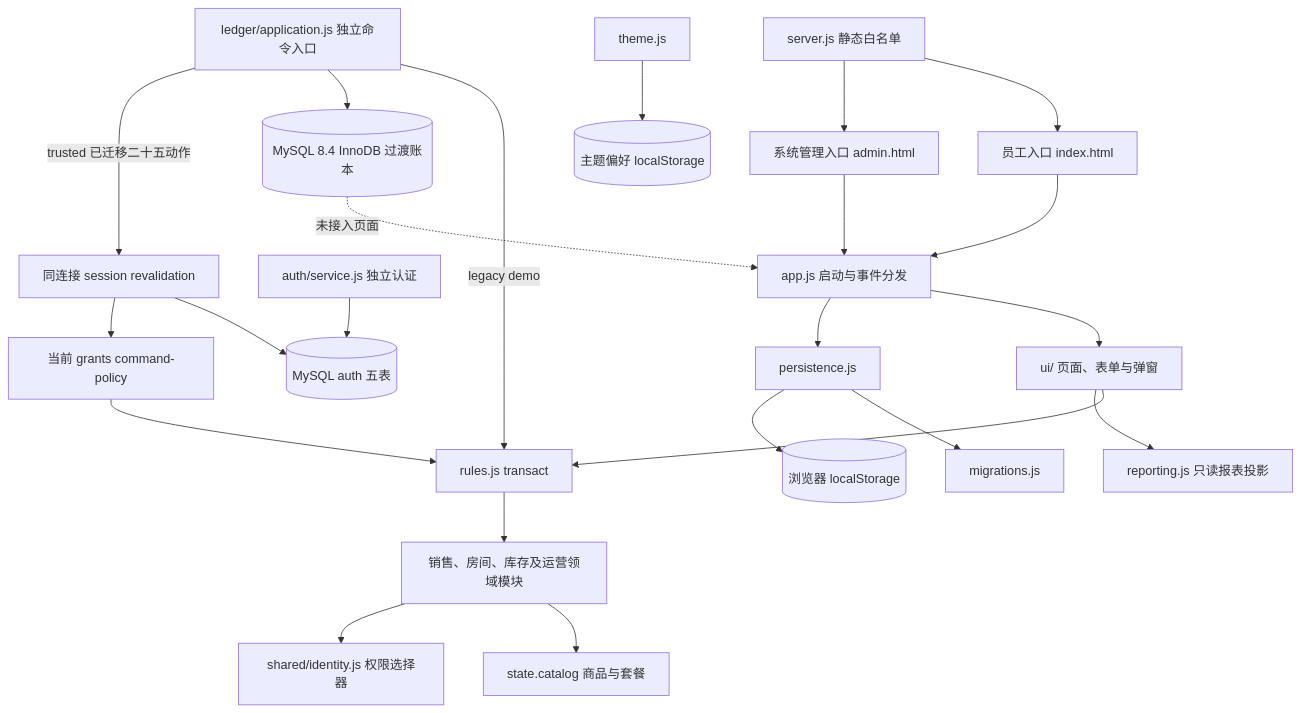
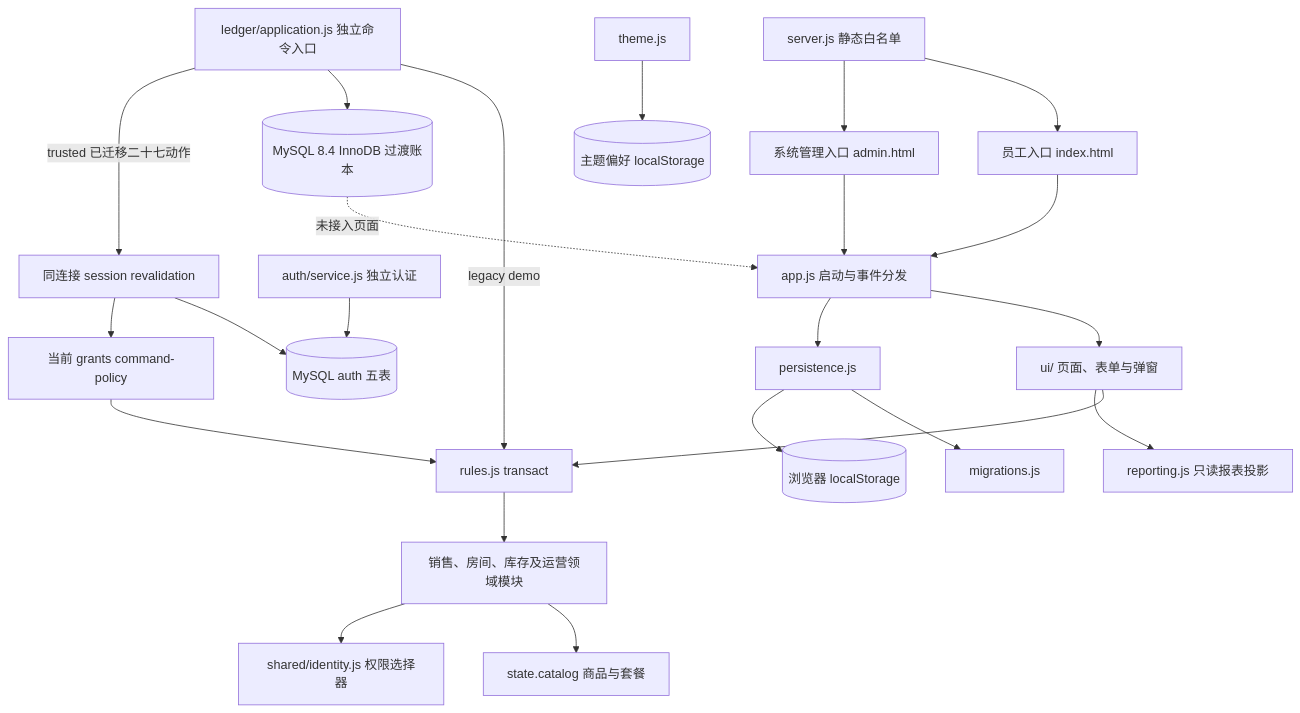
Before and after one commit to Richard-Zhuo/codex-KTV: the diagram in docs/ARCHITECTURE.md, drawn with Mermaid. The commit also changed other lines of this file and 23 other files, not shown here.

````diff
--- a/docs/ARCHITECTURE.md
+++ b/docs/ARCHITECTURE.md
@@ -7,25 +7,25 @@
 ```mermaid
 flowchart TD
   E[员工入口 index.html] --> APP[app.js 启动与事件分发]
   A[系统管理入口 admin.html] --> APP
   APP --> UI[ui/ 页面、表单与弹窗]
   APP --> P[persistence.js]
   P --> M[migrations.js]
   P --> LS[(浏览器 localStorage)]
   UI --> TX[rules.js transact]
   TX --> D[销售、房间、库存及运营领域模块]
   UI --> REP[reporting.js 只读报表投影]
   D --> C[state.catalog 商品与套餐]
   D --> ID[shared/identity.js 权限选择器]
   T[theme.js] --> PREF[(主题偏好 localStorage)]
   S[server.js 静态白名单] --> E
   S --> A
   L[ledger/application.js 独立命令入口] -->|legacy demo| TX
   L --> DB[(MySQL 8.4 InnoDB 过渡账本)]
   AUTH[auth/service.js 独立认证] --> AUTHDB[(MySQL auth 五表)]
-  L -->|trusted 已迁移二十五动作| RV[同连接 session revalidation]
+  L -->|trusted 已迁移二十七动作| RV[同连接 session revalidation]
   RV --> AUTHDB
   RV --> CP[当前 grants command-policy]
   CP --> TX
   DB -. 未接入页面 .-> APP
 ```
````
